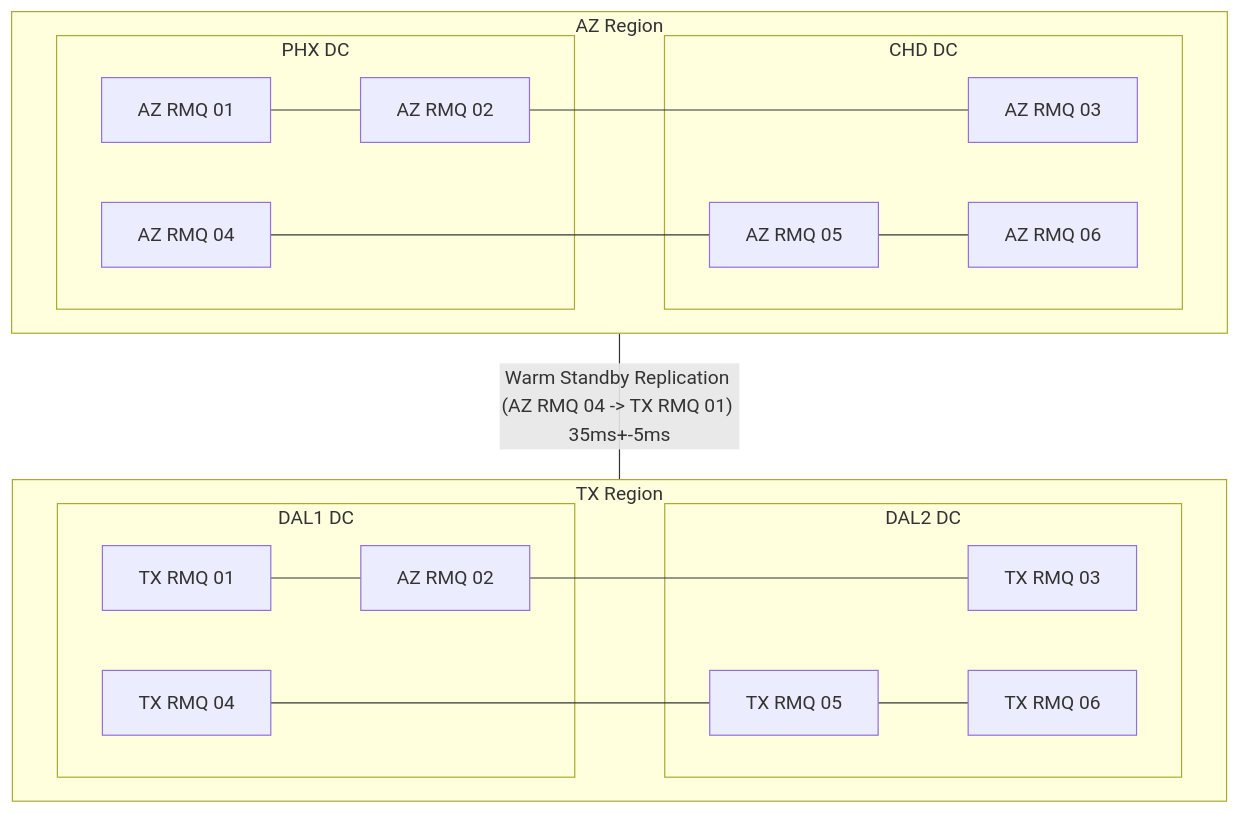
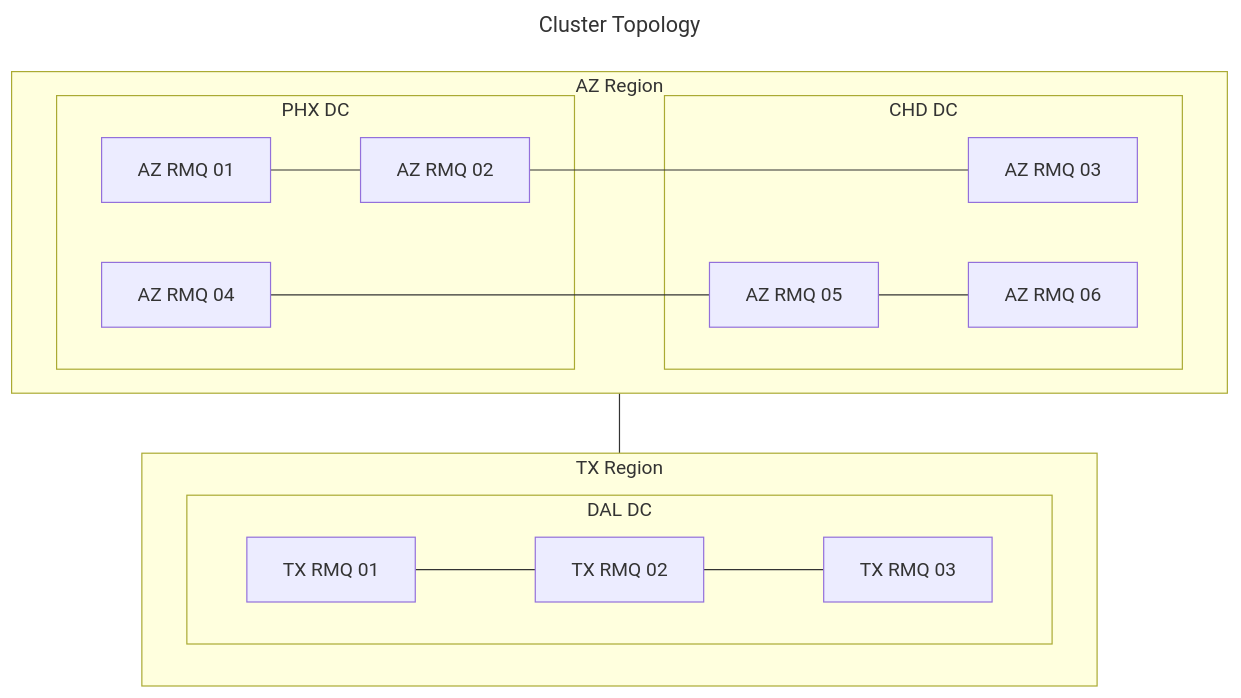
Before and after one commit to cdelashmutt-pivotal/tanzu-rmq-ansible: the first of 2 diagrams in README.md, drawn with Mermaid. The commit also changed other lines of this file and 9 other files, not shown here.

````diff
--- a/README.md
+++ b/README.md
@@ -12,28 +12,26 @@
 ```mermaid
+---
+title: Cluster Topology
+---
 flowchart TD
     subgraph az_region["AZ Region"]
         subgraph phx_dc["PHX DC"]
             azrmq01["AZ RMQ 01"] --- azrmq02["AZ RMQ 02"]
             azrmq04["AZ RMQ 04"]
         end
         subgraph chd_dc["CHD DC"]
             azrmq03["AZ RMQ 03"]
             azrmq05["AZ RMQ 05"] --- azrmq06["AZ RMQ 06"]
         end
         azrmq02 ---- azrmq03
         azrmq04 ---- azrmq05
     end
     subgraph tx_region["TX Region"]
-        subgraph dal1_dc["DAL1 DC"]
-            txrmq01["TX RMQ 01"] --- txrmq02["AZ RMQ 02"]
-            txrmq04["TX RMQ 04"]
+        subgraph dal_dc["DAL DC"]
+            direction LR
+            txrmq01["TX RMQ 01"] --- txrmq02["TX RMQ 02"] --- 
+            txrmq03["TX RMQ 03"]
         end
-        subgraph dal2_dc["DAL2 DC"]
-            txrmq03["TX RMQ 03"]
-            txrmq05["TX RMQ 05"] --- txrmq06["TX RMQ 06"]
-        end
-        txrmq02 ---- txrmq03
-        txrmq04 ---- txrmq05
     end
-    az_region -- Warm Standby Replication (AZ RMQ 04 -> TX RMQ 01) 35ms+-5ms --- tx_region
+    az_region --- tx_region
 ```
````
